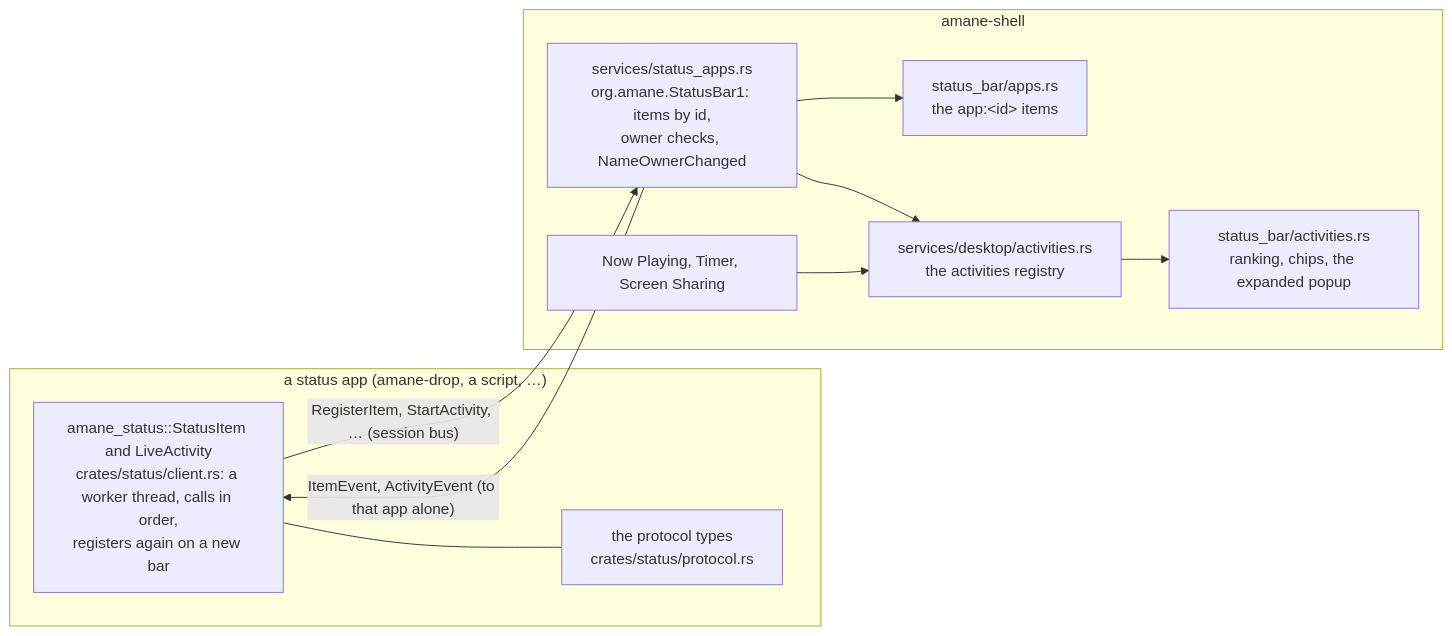
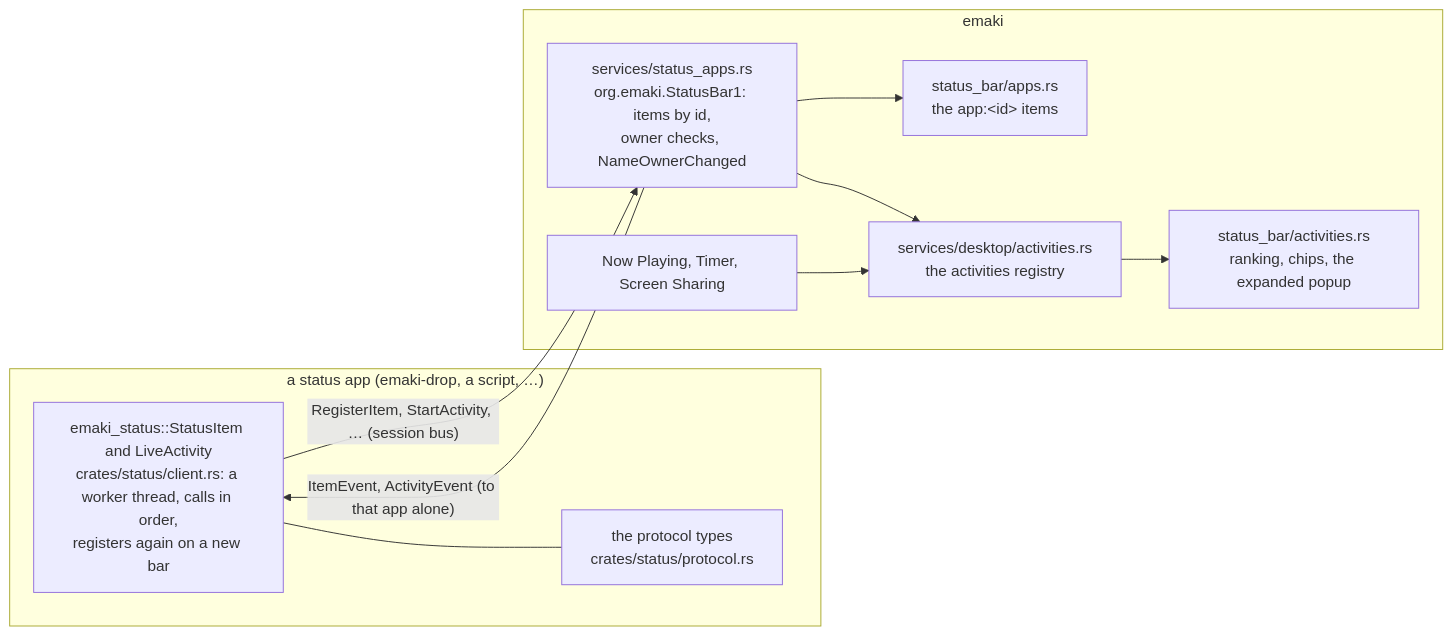
The diagram in docs/developer/integration/status-apps.md (098765434/amane-shell), drawn with Mermaid before and after one commit. The commit also changed other lines of this file and 389 other files, not shown here.

Commit message:
amane-shell is emaki: packages, binaries, ids, env vars, sockets, D-Bus names, layer namespaces (mechanical)

````diff
--- a/docs/developer/integration/status-apps.md
+++ b/docs/developer/integration/status-apps.md
@@ -341,21 +341,21 @@
 ```mermaid
 flowchart LR
-    subgraph app["a status app (amane-drop, a script, …)"]
-        client["amane_status::StatusItem and LiveActivity<br/>crates/status/client.rs: a worker thread, calls in order,<br/>registers again on a new bar"]
+    subgraph app["a status app (emaki-drop, a script, …)"]
+        client["emaki_status::StatusItem and LiveActivity<br/>crates/status/client.rs: a worker thread, calls in order,<br/>registers again on a new bar"]
         protocol["the protocol types<br/>crates/status/protocol.rs"]
         client --- protocol
     end
-    subgraph shell["amane-shell"]
-        server["services/status_apps.rs<br/>org.amane.StatusBar1: items by id,<br/>owner checks, NameOwnerChanged"]
+    subgraph shell["emaki"]
+        server["services/status_apps.rs<br/>org.emaki.StatusBar1: items by id,<br/>owner checks, NameOwnerChanged"]
         items["status_bar/apps.rs<br/>the app:&lt;id&gt; items"]
         registry["services/desktop/activities.rs<br/>the activities registry"]
         builtin["Now Playing, Timer, Screen Sharing"]
         chips["status_bar/activities.rs<br/>ranking, chips, the expanded popup"]
         server --> items
         server --> registry
         builtin --> registry
         registry --> chips
     end
     client -->|"RegisterItem, StartActivity, … (session bus)"| server
     server -->|"ItemEvent, ActivityEvent (to that app alone)"| client
 ```
````
